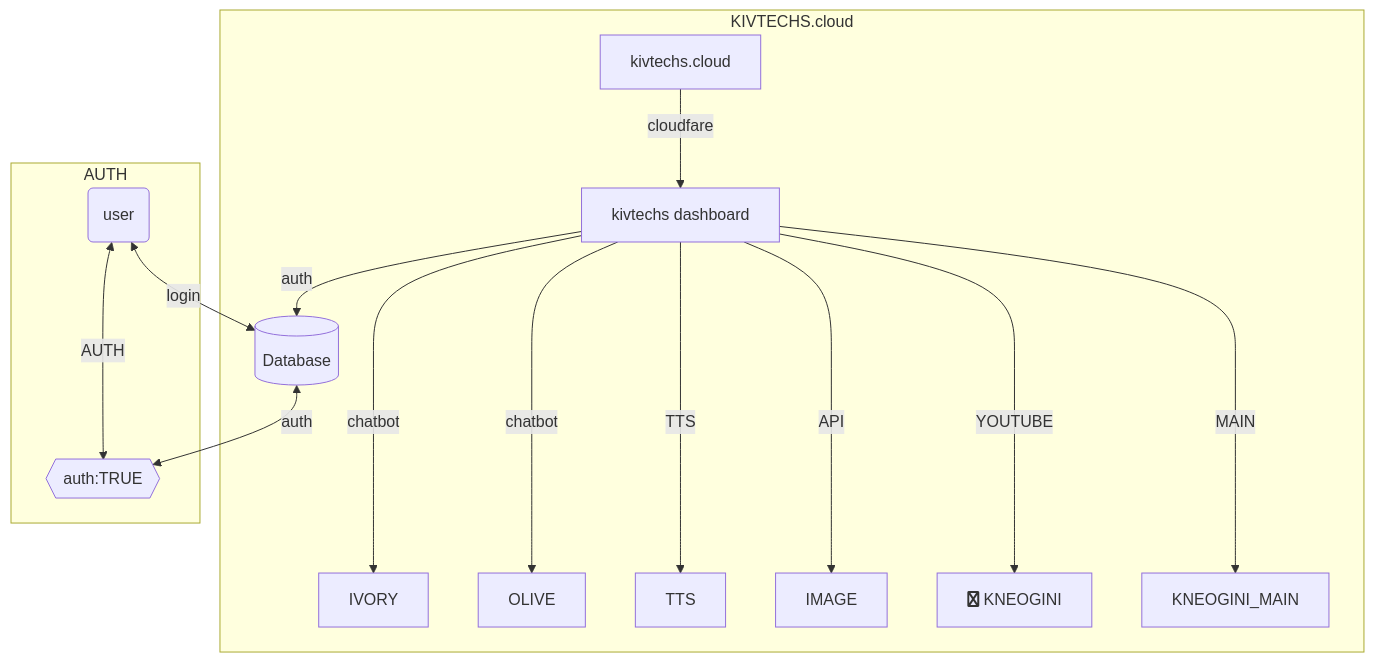
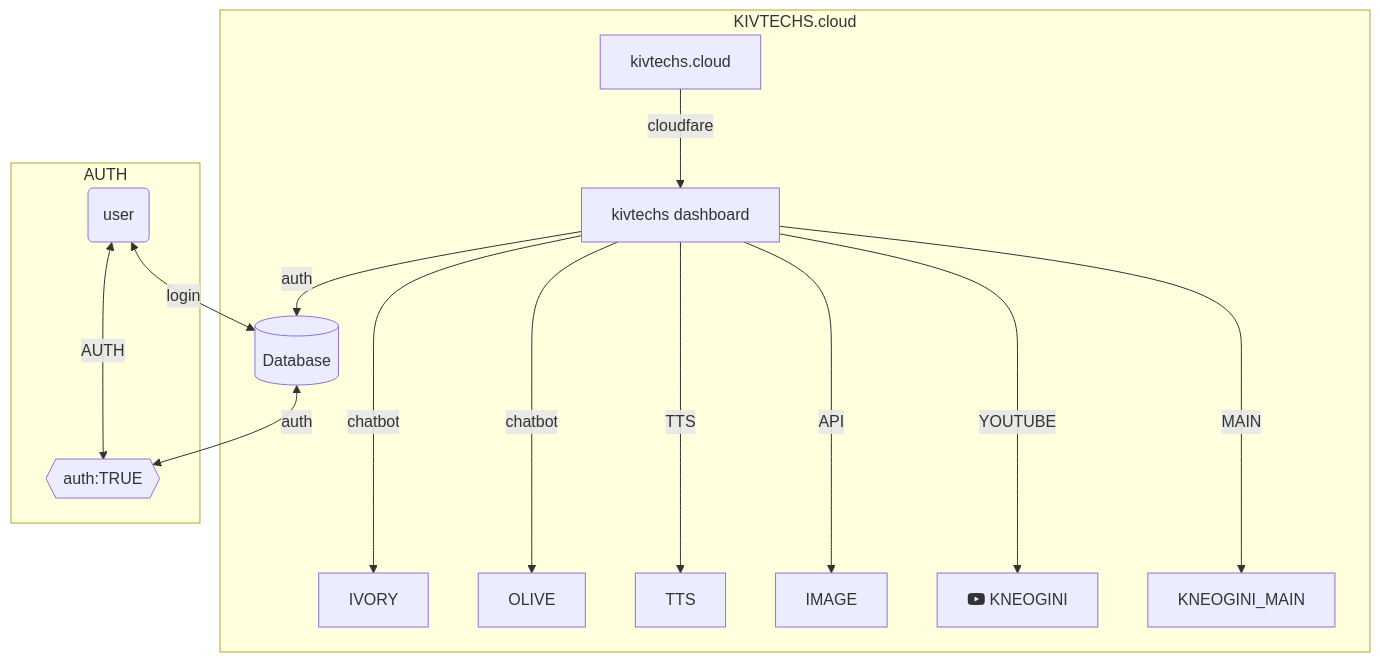
One commit to kivtechs-uml/kivtechs-uml changed the diagram in README.md. Above: the diagram before and after it, drawn with Mermaid.

````diff
--- a/README.md
+++ b/README.md
@@ -6,24 +6,24 @@
 ```mermaid
 flowchart TD
     subgraph KIVTECHS.cloud
     A[kivtechs.cloud] -->|cloudfare| B(kivtechs dashboard)
     B[kivtechs dashboard] ----> |chatbot| C1[IVORY]
     B[kivtechs dashboard] ----> |chatbot| C2[OLIVE]
     B[kivtechs dashboard] ----> |TTS| H[TTS]
     B[kivtechs dashboard] ----> |API| E[IMAGE]
-    B[kivtechs dashboard] ----> |YOUTUBE| F[fa:fa-youtube KNEOGINI]
+    B[kivtechs dashboard] ----> |YOUTUBE| F[fab:fa-youtube KNEOGINI]
     B[kivtechs dashboard] ----> |MAIN| G[KNEOGINI_MAIN]
     B --auth-->D[(Database)]
     end
     subgraph AUTH
       A1(user) <-- login --> D[(Database)] <-- auth --> U{{ auth:TRUE }}
      A1  <-- AUTH --> U
      end
   
     
 
 
 
 
 
 ```
````
